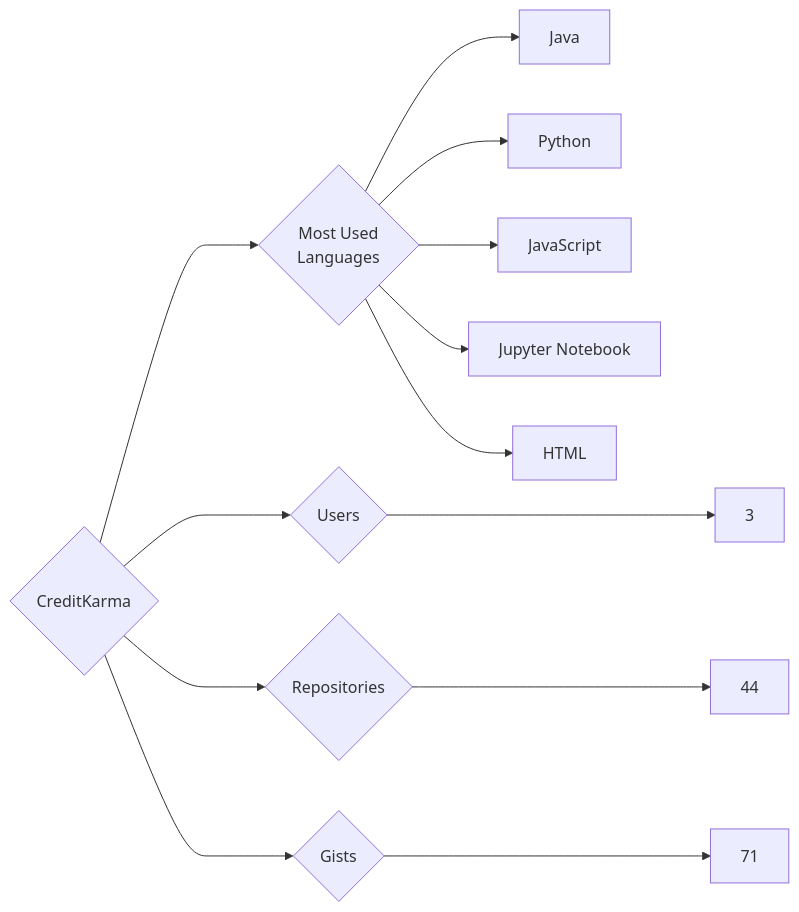
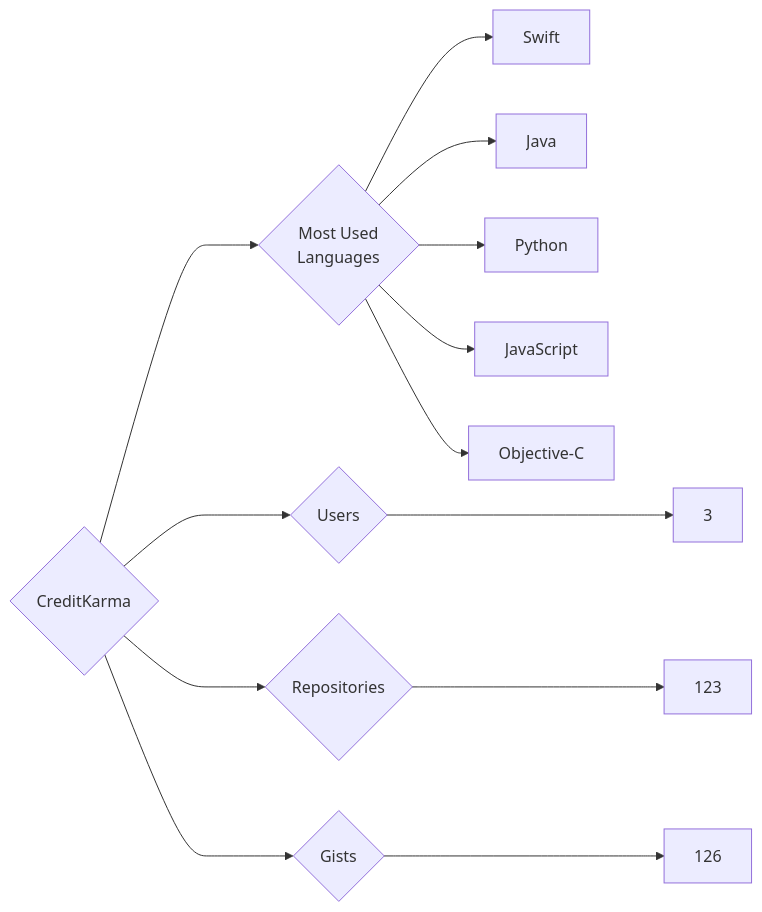
The diagram in targets/CreditKarma/README.md (trickest/insiders), drawn with Mermaid before and after one commit. The commit also changed 1170 other files, not shown here.

````diff
--- a/targets/CreditKarma/README.md
+++ b/targets/CreditKarma/README.md
@@ -3,13 +3,13 @@
 ```mermaid
 graph LR
 COMPANY_NAME{CreditKarma}
 COMPANY_NAME ---> U{Users} ---> UN[3]
-COMPANY_NAME ---> R{Repositories} ---> RN[44]
-COMPANY_NAME ---> G{Gists} ---> GN[71]
+COMPANY_NAME ---> R{Repositories} ---> RN[123]
+COMPANY_NAME ---> G{Gists} ---> GN[126]
 COMPANY_NAME ---> ML{Most Used<br>Languages}
+ML --> Swift[Swift]
 ML --> Java[Java]
 ML --> Python[Python]
 ML --> JavaScript[JavaScript]
-ML --> Jupyter_Notebook[Jupyter Notebook]
-ML --> HTML[HTML]
+ML --> Objective-C[Objective-C]
 ```
````
